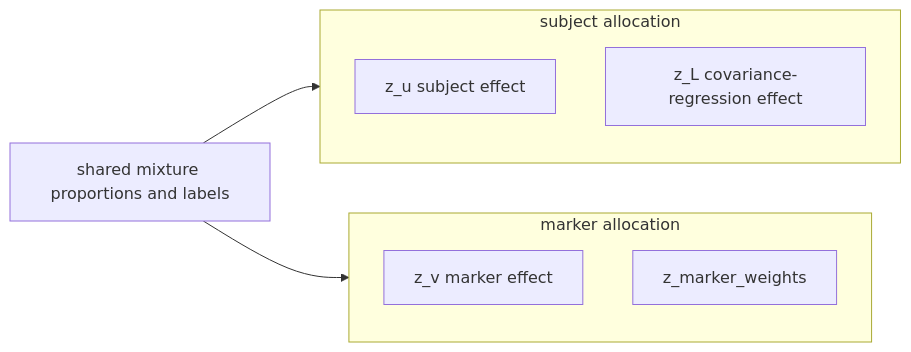
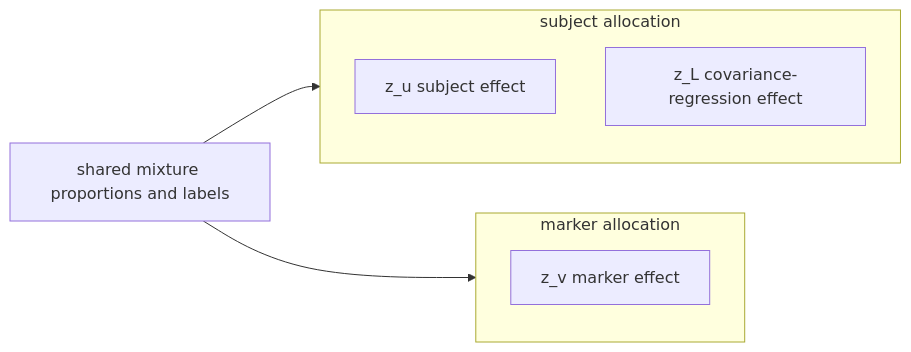
The sixth of 8 diagrams in notes/docs/architecture.md (trinhdhk/joinme), drawn with Mermaid before and after one commit. The commit also changed other lines of this file and 92 other files, not shown here.

````diff
--- a/notes/docs/architecture.md
+++ b/notes/docs/architecture.md
@@ -413,13 +721,12 @@
 ```mermaid
 flowchart LR
   subgraph IndividualDomain[subject allocation]
     A[z_u subject effect]
     B[z_L covariance-regression effect]
   end
   subgraph MarkerDomain[marker allocation]
     C[z_v marker effect]
-    D[z_marker_weights]
   end
   P[shared mixture proportions and labels] --> IndividualDomain
   P --> MarkerDomain
 ```
````
